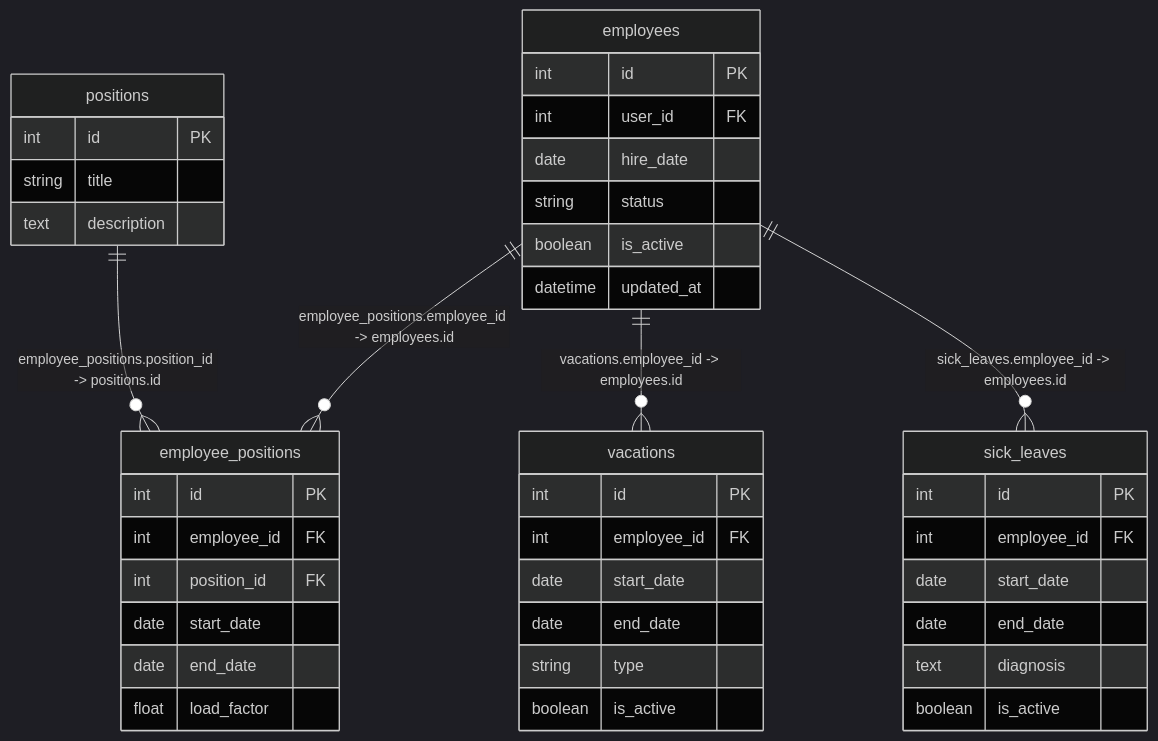
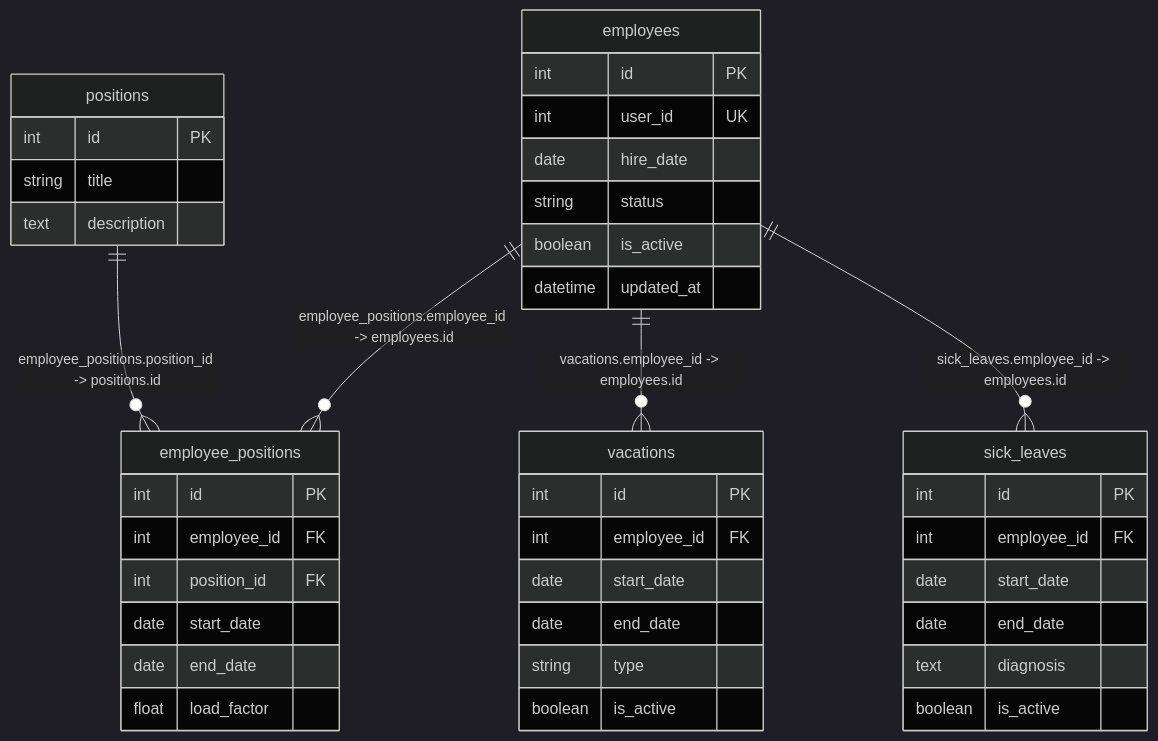
Before and after one commit to YuriSilenok/KPK_UP2_24-1P11: the diagram in S10/doc.md, drawn with Mermaid (dark theme). The commit also changed other lines of this file, not shown here.

````diff
--- a/S10/doc.md
+++ b/S10/doc.md
@@ -237,45 +253,45 @@
 ```mermaid
 erDiagram
     employees {
         int id PK
-        int user_id FK
+        int user_id UK
         date hire_date
         string status
         boolean is_active
         datetime updated_at
     }
     positions {
         int id PK
         string title
         text description
     }
     employee_positions {
         int id PK
         int employee_id FK
         int position_id FK
         date start_date
         date end_date
         float load_factor
     }
     vacations {
         int id PK
         int employee_id FK
         date start_date
         date end_date
         string type
         boolean is_active
     }
     sick_leaves {
         int id PK
         int employee_id FK
         date start_date
         date end_date
         text diagnosis
         boolean is_active
     }
 
     employees ||--o{ employee_positions : "employee_positions.employee_id -> employees.id"
     positions ||--o{ employee_positions : "employee_positions.position_id -> positions.id"
     employees ||--o{ vacations : "vacations.employee_id -> employees.id"
     employees ||--o{ sick_leaves : "sick_leaves.employee_id -> employees.id"
 ```
````
